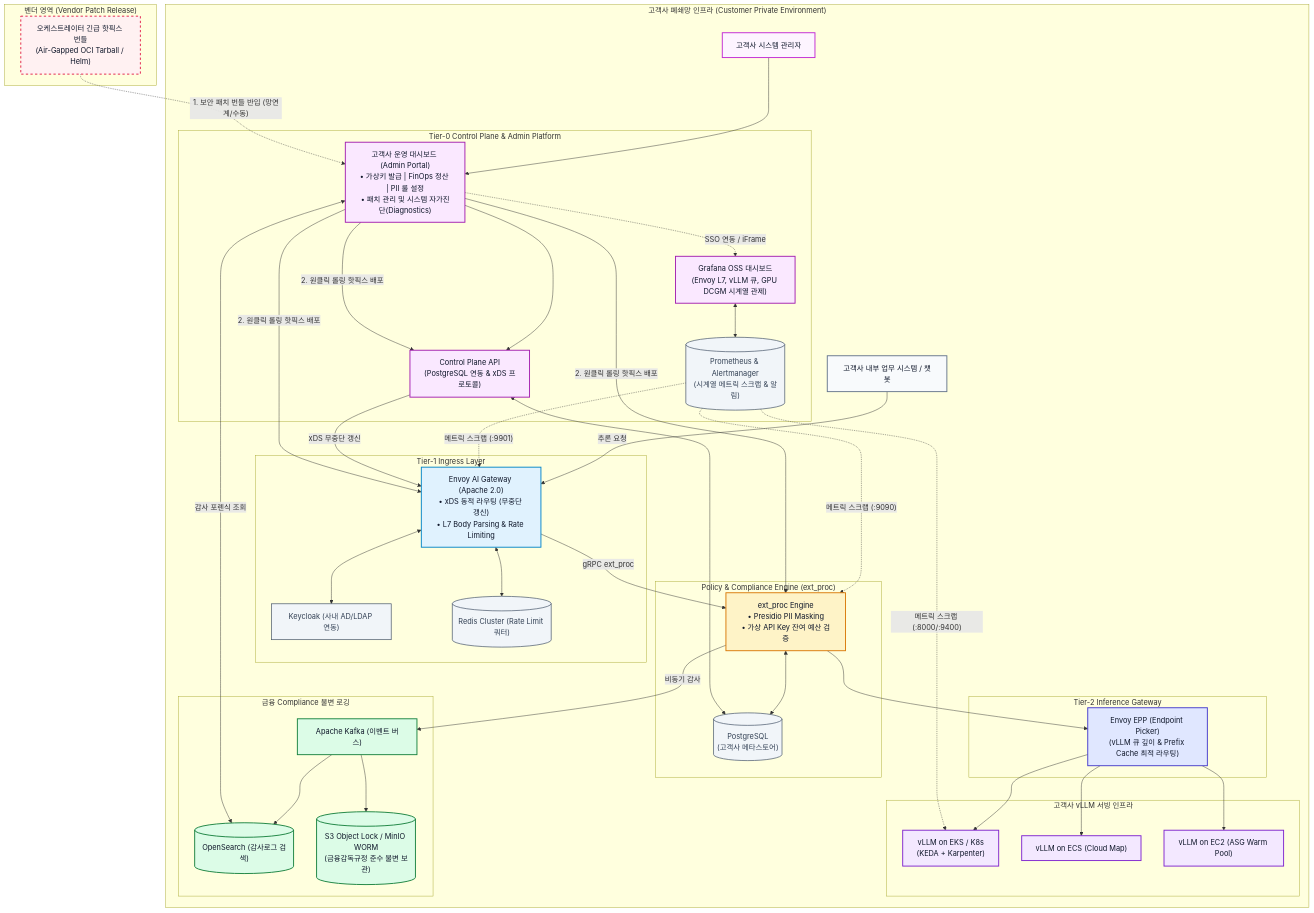
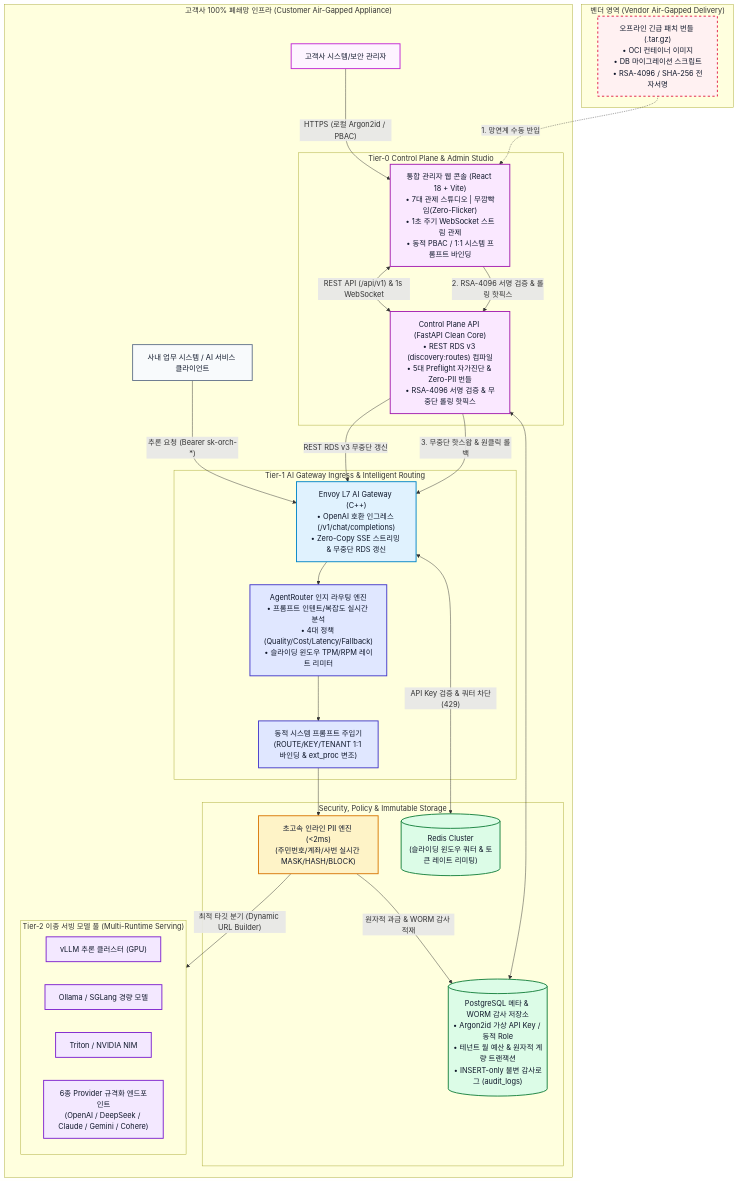
One commit to keikun80/ordinatio changed the diagram in plan.md. Above: the diagram before and after it, drawn with Mermaid. The commit also changed other lines of this file and 1 other file, not shown here.

````diff
--- a/plan.md
+++ b/plan.md
@@ -75,93 +89,67 @@
     classDef security fill:#fef3c7,stroke:#d97706,stroke-width:2px,color:#0f172a;
     classDef router fill:#e0e7ff,stroke:#4338ca,stroke-width:2px,color:#0f172a;
     classDef compute fill:#f3e8ff,stroke:#7e22ce,stroke-width:2px,color:#0f172a;
-    classDef compliance fill:#dcfce7,stroke:#15803d,stroke-width:2px,color:#0f172a;
-    classDef sidecar fill:#f1f5f9,stroke:#475569,stroke-width:1.5px,color:#334155;
+    classDef storage fill:#dcfce7,stroke:#15803d,stroke-width:2px,color:#0f172a;
     classDef vendor fill:#fff1f2,stroke:#e11d48,stroke-width:2px,stroke-dasharray: 5 5,color:#0f172a;
 
-    %% Vendor Patch Pipeline (Outside / Offline Delivery)
-    subgraph S_Vendor ["벤더 영역 (Vendor Patch Release)"]
-        PatchRelease["오케스트레이터 긴급 핫픽스 번들\n(Air-Gapped OCI Tarball / Helm)"]:::vendor
+    %% 1. Vendor Offline Patch Release
+    subgraph S_Vendor ["벤더 영역 (Vendor Air-Gapped Delivery)"]
+        PatchBundle["오프라인 긴급 패치 번들 (.tar.gz)\n• OCI 컨테이너 이미지\n• DB 마이그레이션 스크립트\n• RSA-4096 / SHA-256 전자서명"]:::vendor
     end
 
-    %% Customer Private VPC / On-Premise
-    subgraph S_CustomerSite ["고객사 폐쇄망 인프라 (Customer Private Environment)"]
+    %% 2. Customer Private VPC / On-Premise
+    subgraph S_Customer ["고객사 100% 폐쇄망 인프라 (Customer Air-Gapped Appliance)"]
 
         %% Users
-        AdminUser["고객사 시스템 관리자"]:::admin
-        Client["고객사 내부 업무 시스템 / 챗봇"]:::client
+        AdminUser["고객사 시스템/보안 관리자"]:::admin
+        Client["사내 업무 시스템 / AI 서비스 클라이언트"]:::client
 
-        %% Control Plane
-        subgraph S_CP ["Tier-0 Control Plane & Admin Platform"]
-            AdminUI["고객사 운영 대시보드 (Admin Portal)\n• 가상키 발급 | FinOps 정산 | PII 룰 설정\n• 패치 관리 및 시스템 자가진단(Diagnostics)"]:::cp
-            CP_API["Control Plane API\n(PostgreSQL 연동 & xDS 프로토콜)"]:::cp
-            Grafana["Grafana OSS 대시보드\n(Envoy L7, vLLM 큐, GPU DCGM 시계열 관제)"]:::cp
-            Prometheus[("Prometheus & Alertmanager\n(시계열 메트릭 스크랩 & 알림)")]:::sidecar
+        %% Tier-0 Control Plane & Web Studio
+        subgraph S_CP ["Tier-0 Control Plane & Admin Studio"]
+            AdminUI["통합 관리자 웹 콘솔 (React 18 + Vite)\n• 7대 관제 스튜디오 | 무깜빡임(Zero-Flicker)\n• 1초 주기 WebSocket 스트림 관제\n• 동적 PBAC / 1:1 시스템 프롬프트 바인딩"]:::cp
+            CP_API["Control Plane API (FastAPI Clean Core)\n• REST RDS v3 (discovery:routes) 컴파일\n• 5대 Preflight 자가진단 & Zero-PII 번들\n• RSA-4096 서명 검증 & 무중단 롤링 핫픽스"]:::cp
         end
 
-        %% Tier-1 Ingress
-        subgraph S_Tier1 ["Tier-1 Ingress Layer"]
-            Envoy["Envoy AI Gateway (Apache 2.0)\n• xDS 동적 라우팅 (무중단 갱신)\n• L7 Body Parsing & Rate Limiting"]:::ingress
-            Keycloak["Keycloak (사내 AD/LDAP 연동)"]:::sidecar
-            Redis[("Redis Cluster (Rate Limit 쿼터)")]:::sidecar
+        %% Tier-1 Ingress & Routing Layer
+        subgraph S_Tier1 ["Tier-1 AI Gateway Ingress & Intelligent Routing"]
+            Envoy["Envoy L7 AI Gateway (C++)\n• OpenAI 호환 인그레스 (/v1/chat/completions)\n• Zero-Copy SSE 스트리밍 & 무중단 RDS 갱신"]:::ingress
+            AgentRouter["AgentRouter 인지 라우팅 엔진\n• 프롬프트 인텐트/복잡도 실시간 분석\n• 4대 정책 (Quality/Cost/Latency/Fallback)\n• 슬라이딩 윈도우 TPM/RPM 레이트 리미터"]:::router
+            SystemPrompt["동적 시스템 프롬프트 주입기\n(ROUTE/KEY/TENANT 1:1 바인딩 & ext_proc 변조)"]:::router
         end
 
-        %% Security & Policy
-        subgraph S_Sec ["Policy & Compliance Engine (ext_proc)"]
-            ExtProc["ext_proc Engine\n• Presidio PII Masking\n• 가상 API Key 잔여 예산 검증"]:::security
-            Postgres[("PostgreSQL\n(고객사 메타스토어)")]:::sidecar
+        %% Security, Governance & Storage Layer
+        subgraph S_SecStorage ["Security, Policy & Immutable Storage"]
+            PII_Engine["초고속 인라인 PII 엔진 (<2ms)\n(주민번호/계좌/사번 실시간 MASK/HASH/BLOCK)"]:::security
+            Postgres[("PostgreSQL 메타 & WORM 감사 저장소\n• Argon2id 가상 API Key / 동적 Role\n• 테넌트 월 예산 & 원자적 계량 트랜잭션\n• INSERT-only 불변 감사로그 (audit_logs)")]:::storage
+            Redis[("Redis Cluster\n(슬라이딩 윈도우 쿼터 & 토큰 레이트 리미팅)")]:::storage
         end
 
-        %% Tier-2 Routing
-        subgraph S_Tier2 ["Tier-2 Inference Gateway"]
-            EPP["Envoy EPP (Endpoint Picker)\n(vLLM 큐 깊이 & Prefix Cache 최적 라우팅)"]:::router
-        end
-
-        %% Compute Layer
-        subgraph S_Compute ["고객사 vLLM 서빙 인프라"]
-            vLLM_EKS["vLLM on EKS / K8s\n(KEDA + Karpenter)"]:::compute
-            vLLM_ECS["vLLM on ECS (Cloud Map)"]:::compute
-            vLLM_EC2["vLLM on EC2 (ASG Warm Pool)"]:::compute
-        end
-
-        %% Compliance & Logging
-        subgraph S_Audit ["금융 Compliance 불변 로깅"]
-            Kafka["Apache Kafka (이벤트 버스)"]:::compliance
-            OpenSearch[("OpenSearch (감사로그 검색)")]:::compliance
-            S3WORM[("S3 Object Lock / MinIO WORM\n(금융감독규정 준수 불변 보관)")]:::compliance
+        %% Tier-2 Multi-Serving Compute Layer
+        subgraph S_Compute ["Tier-2 이종 서빙 모델 풀 (Multi-Runtime Serving)"]
+            vLLM["vLLM 추론 클러스터 (GPU)"]:::compute
+            Ollama["Ollama / SGLang 경량 모델"]:::compute
+            Triton["Triton / NVIDIA NIM"]:::compute
+            ExtAPI["6종 Provider 규격화 엔드포인트\n(OpenAI / DeepSeek / Claude / Gemini / Cohere)"]:::compute
         end
     end
 
     %% Patch Flow
-    PatchRelease -.->|"1. 보안 패치 번들 반입 (망연계/수동)"| AdminUI
-    AdminUI -->|"2. 원클릭 롤링 핫픽스 배포"| Envoy
-    AdminUI -->|"2. 원클릭 롤링 핫픽스 배포"| ExtProc
-    AdminUI -->|"2. 원클릭 롤링 핫픽스 배포"| CP_API
+    PatchBundle -.->|"1. 망연계 수동 반입"| AdminUI
+    AdminUI -->|"2. RSA-4096 서명 검증 & 롤링 핫픽스"| CP_API
+    CP_API -->|"3. 무중단 핫스왑 & 원클릭 롤백"| Envoy
 
-    %% Operations Flow
-    AdminUser --> AdminUI
-    AdminUI --> CP_API
+    %% Admin Operations Flow
+    AdminUser -->|"HTTPS (로컬 Argon2id / PBAC)"| AdminUI
+    AdminUI <-->|"REST API (/api/v1) & 1s WebSocket"| CP_API
     CP_API <--> Postgres
-    CP_API -->|"xDS 무중단 갱신"| Envoy
-    AdminUI -.->|"SSO 연동 / iFrame"| Grafana
-    Grafana <--> Prometheus
-    Prometheus -.->|"메트릭 스크랩 (:9901)"| Envoy
-    Prometheus -.->|"메트릭 스크랩 (:9090)"| ExtProc
-    Prometheus -.->|"메트릭 스크랩 (:8000/:9400)"| vLLM_EKS
-    AdminUI <-->|"감사 포렌식 조회"| OpenSearch
+    CP_API -->|"REST RDS v3 무중단 갱신"| Envoy
 
-    %% Runtime Data Flow
-    Client -->|"추론 요청"| Envoy
-    Envoy <--> Keycloak
-    Envoy <--> Redis
-    Envoy -->|"gRPC ext_proc"| ExtProc
-    ExtProc <--> Postgres
-    ExtProc -->|"비동기 감사"| Kafka
-    ExtProc --> EPP
-    EPP --> vLLM_EKS
-    EPP --> vLLM_ECS
-    EPP --> vLLM_EC2
-
-    Kafka --> OpenSearch
-    Kafka --> S3WORM
+    %% Runtime Inference Flow
+    Client -->|"추론 요청 (Bearer sk-orch-*)"| Envoy
+    Envoy <-->|"API Key 검증 & 쿼터 차단(429)"| Redis
+    Envoy --> AgentRouter
+    AgentRouter --> SystemPrompt
+    SystemPrompt --> PII_Engine
+    PII_Engine -->|"최적 타깃 분기 (Dynamic URL Builder)"| S_Compute
+    PII_Engine -->|"원자적 과금 & WORM 감사 적재"| Postgres
 ```
````
